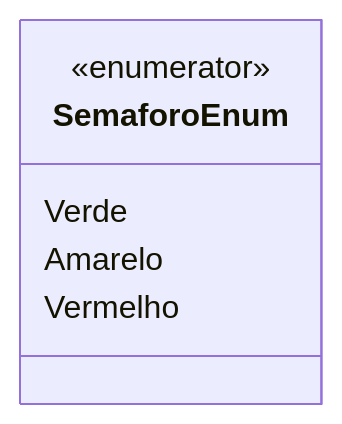
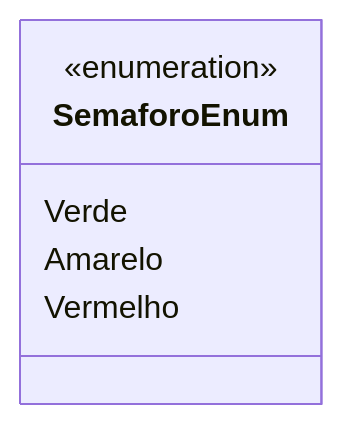
Before and after one commit to IsthmusSistemas/documentacao-tecnica: the diagram in docs/b2b-dominio/IsthmusWinthor.Nucleo/IsthmusWinthor.Dominio/Enumeradores/SemaforoEnum.md, drawn with Mermaid. The commit also changed other lines of this file and 882 other files, not shown here.

````diff
--- a/docs/b2b-dominio/IsthmusWinthor.Nucleo/IsthmusWinthor.Dominio/Enumeradores/SemaforoEnum.md
+++ b/docs/b2b-dominio/IsthmusWinthor.Nucleo/IsthmusWinthor.Dominio/Enumeradores/SemaforoEnum.md
@@ -12,9 +16,9 @@
 ```mermaid
 classDiagram
     class SemaforoEnum {
-        <<enumerator>>
+        <<enumeration>>
         Verde
         Amarelo
         Vermelho
     }
-``` 
+```
````
